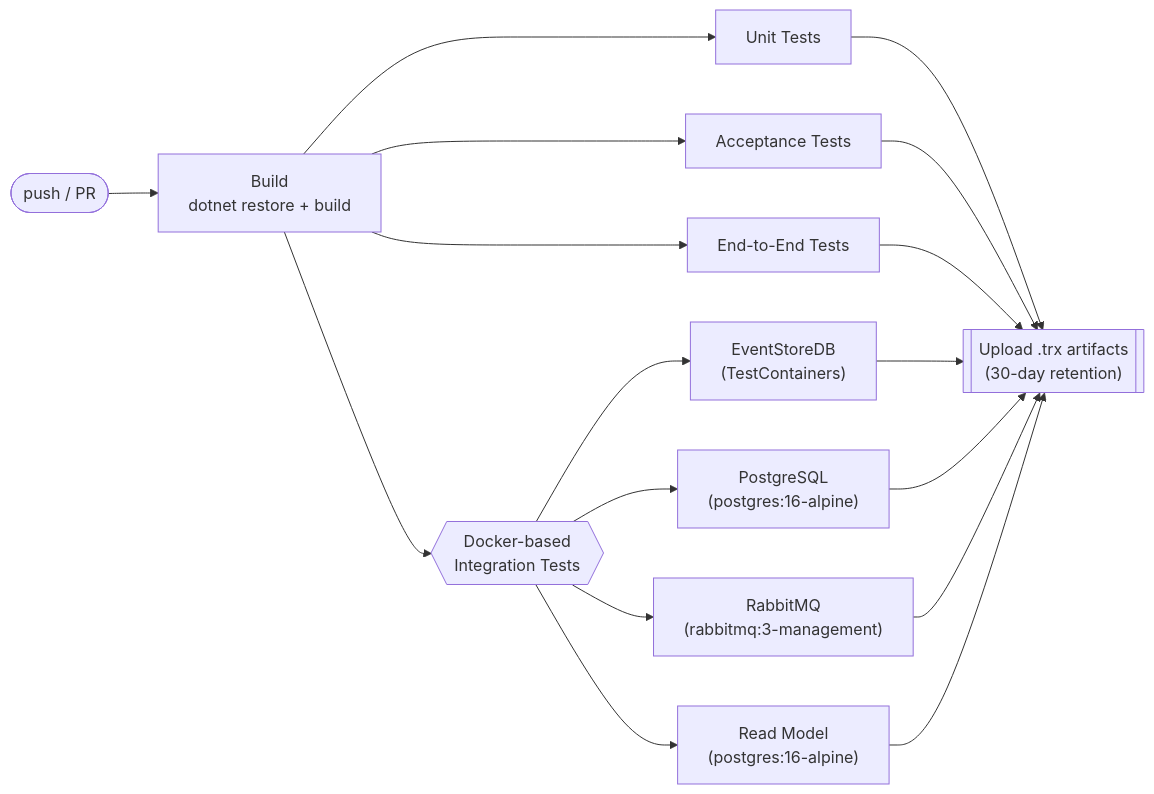
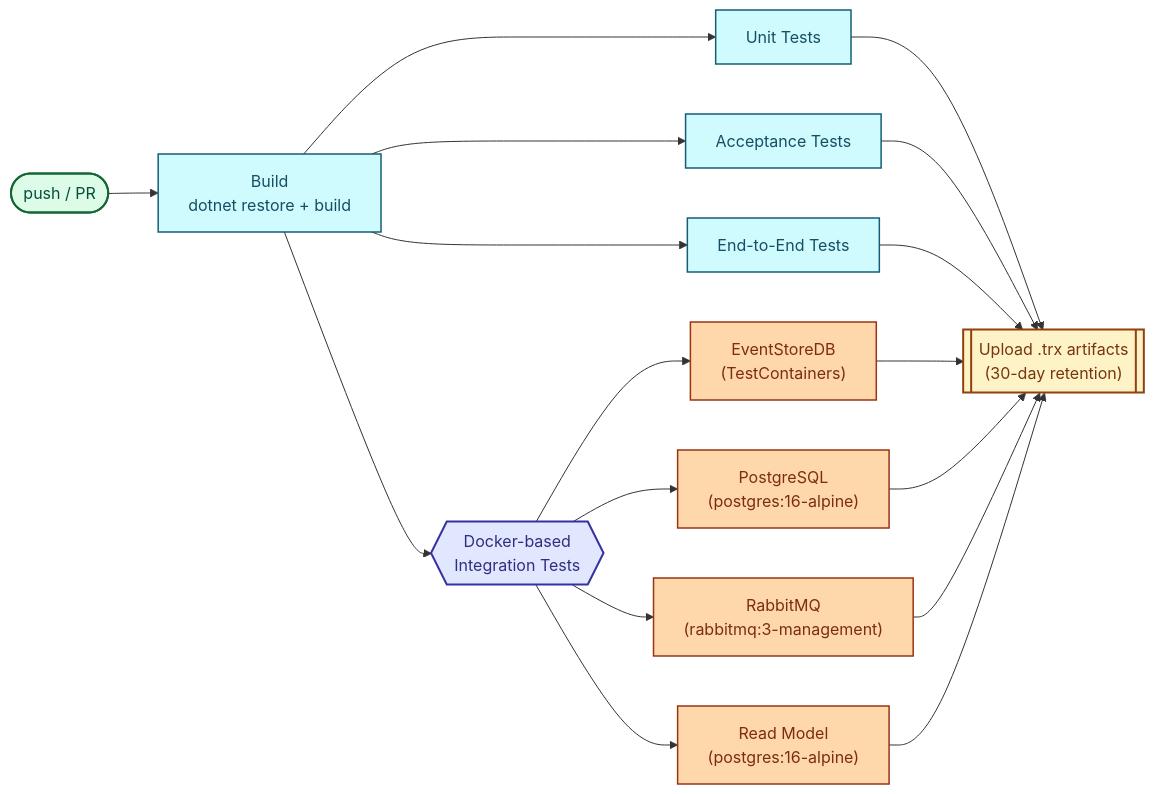
The seventh of 7 diagrams in docs/architecture.md (vaibhavPH/BullOak), drawn with Mermaid before and after one commit. The commit also changed other lines of this file, not shown here.

First line of the commit message:
docs: colour the Mermaid architecture diagrams

````diff
--- a/docs/architecture.md
+++ b/docs/architecture.md
@@ -274,20 +307,26 @@
 ```mermaid
 flowchart LR
-    Start([push / PR]) --> Build["Build<br/>dotnet restore + build"]
-    Build --> Unit["Unit Tests"]
-    Build --> Acc["Acceptance Tests"]
-    Build --> E2E["End-to-End Tests"]
-    Build --> Docker{{"Docker-based<br/>Integration Tests"}}
-    Docker --> ESDB["EventStoreDB<br/>(TestContainers)"]
-    Docker --> PG["PostgreSQL<br/>(postgres:16-alpine)"]
-    Docker --> RMQ["RabbitMQ<br/>(rabbitmq:3-management)"]
-    Docker --> RM["Read Model<br/>(postgres:16-alpine)"]
+    Start([push / PR]):::trigger --> Build["Build<br/>dotnet restore + build"]:::step
+    Build --> Unit["Unit Tests"]:::step
+    Build --> Acc["Acceptance Tests"]:::step
+    Build --> E2E["End-to-End Tests"]:::step
+    Build --> Docker{{"Docker-based<br/>Integration Tests"}}:::group
+    Docker --> ESDB["EventStoreDB<br/>(TestContainers)"]:::docker
+    Docker --> PG["PostgreSQL<br/>(postgres:16-alpine)"]:::docker
+    Docker --> RMQ["RabbitMQ<br/>(rabbitmq:3-management)"]:::docker
+    Docker --> RM["Read Model<br/>(postgres:16-alpine)"]:::docker
 
-    Unit --> Artifacts[["Upload .trx artifacts<br/>(30-day retention)"]]
+    Unit --> Artifacts[["Upload .trx artifacts<br/>(30-day retention)"]]:::sink
     Acc --> Artifacts
     E2E --> Artifacts
     ESDB --> Artifacts
     PG --> Artifacts
     RMQ --> Artifacts
     RM --> Artifacts
+
+    classDef trigger fill:#dcfce7,stroke:#166534,stroke-width:2px,color:#064e3b
+    classDef step fill:#cffafe,stroke:#155e75,stroke-width:1.5px,color:#164e63
+    classDef group fill:#e0e7ff,stroke:#3730a3,stroke-width:2px,color:#312e81
+    classDef docker fill:#fed7aa,stroke:#9a3412,stroke-width:1.5px,color:#7c2d12
+    classDef sink fill:#fef3c7,stroke:#92400e,stroke-width:2px,color:#78350f
 ```
````
